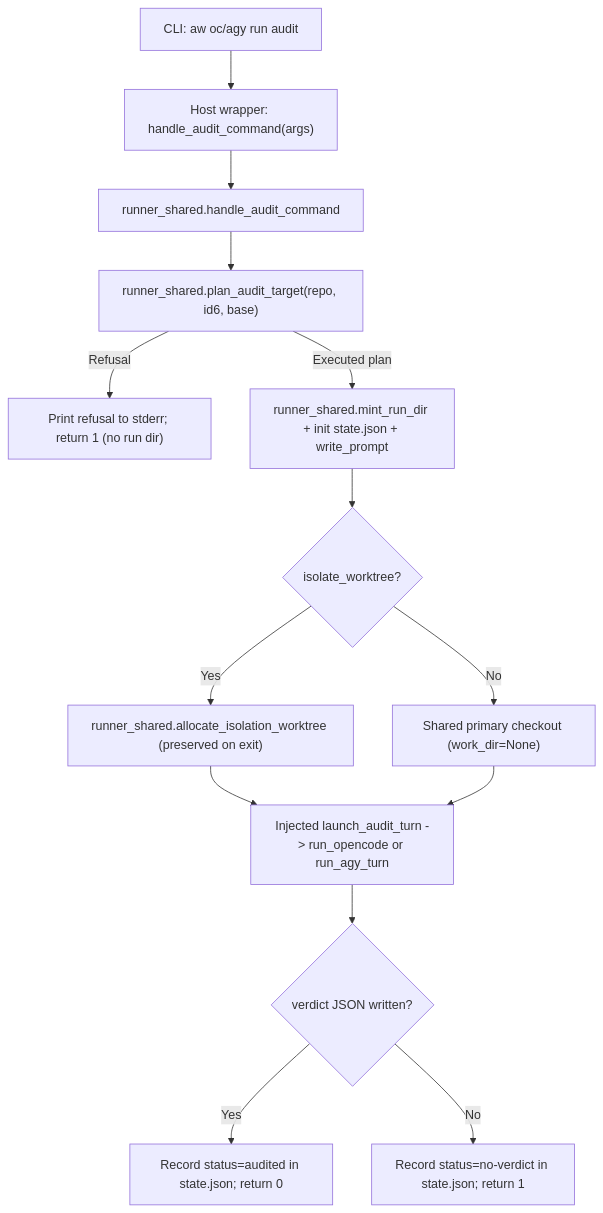
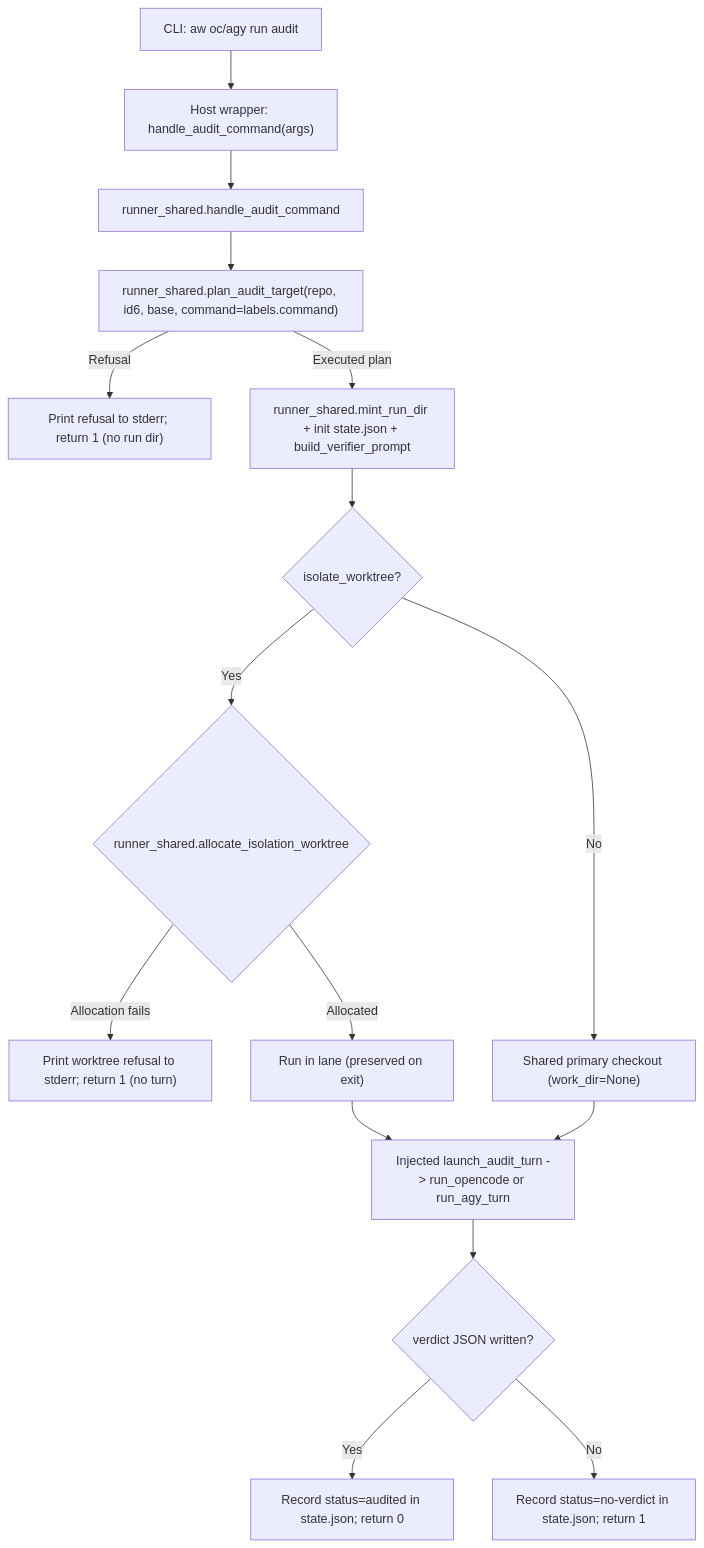
Before and after one commit to fariello/agent-workflows: the diagram in .aw/records/plans/pending/20261116-reverify-02-mgp655-implement-aw-agy-run-audit-via-shared-audit-runner-helper.ipd.md, drawn with Mermaid. The commit also changed other lines of this file and 1 other file, not shown here.

First line of the commit message:
plan-review: harden mgp655 (revisions applied)

````diff
--- a/.aw/records/plans/pending/20261116-reverify-02-mgp655-implement-aw-agy-run-audit-via-shared-audit-runner-helper.ipd.md
+++ b/.aw/records/plans/pending/20261116-reverify-02-mgp655-implement-aw-agy-run-audit-via-shared-audit-runner-helper.ipd.md
@@ -83,16 +88,18 @@
 ```mermaid
 flowchart TD
     A["CLI: aw oc/agy run audit <id6>"] --> B["Host wrapper: handle_audit_command(args)"]
     B --> C["runner_shared.handle_audit_command"]
-    C --> D["runner_shared.plan_audit_target(repo, id6, base)"]
+    C --> D["runner_shared.plan_audit_target(repo, id6, base, command=labels.command)"]
     D -->|Refusal| E["Print refusal to stderr; return 1 (no run dir)"]
-    D -->|Executed plan| F["runner_shared.mint_run_dir + init state.json + write_prompt"]
+    D -->|Executed plan| F["runner_shared.mint_run_dir + init state.json + build_verifier_prompt"]
     F --> G{"isolate_worktree?"}
-    G -->|Yes| H["runner_shared.allocate_isolation_worktree (preserved on exit)"]
+    G -->|Yes| H{"runner_shared.allocate_isolation_worktree"}
+    H -->|Allocation fails| HF["Print worktree refusal to stderr; return 1 (no turn)"]
+    H -->|Allocated| HP["Run in lane (preserved on exit)"]
     G -->|No| I["Shared primary checkout (work_dir=None)"]
-    H --> J["Injected launch_audit_turn -> run_opencode or run_agy_turn"]
+    HP --> J["Injected launch_audit_turn -> run_opencode or run_agy_turn"]
     I --> J
     J --> K{"verdict JSON written?"}
     K -->|Yes| L["Record status=audited in state.json; return 0"]
     K -->|No| M["Record status=no-verdict in state.json; return 1"]
 ```
````
